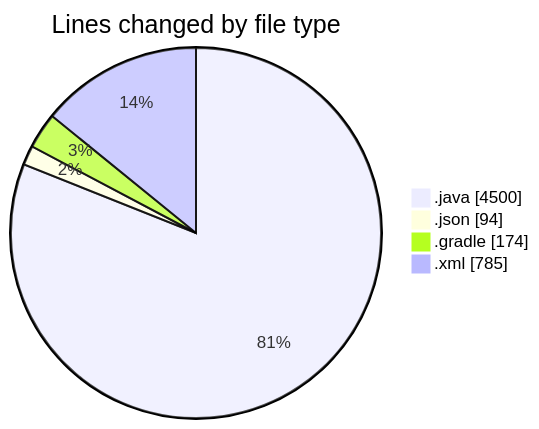
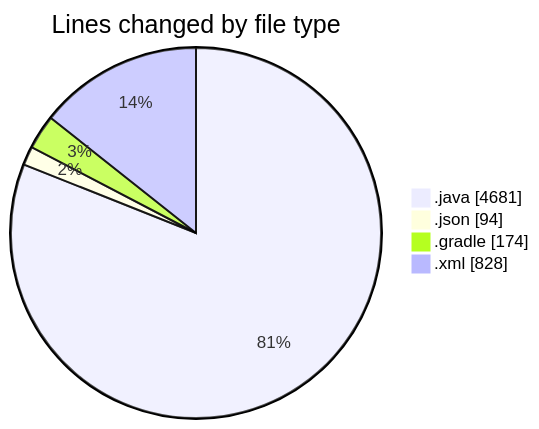
Before and after one commit to charlie-sans/code-tracking: the first of 2 diagrams in 2025-02-22/micros/README.md, drawn with Mermaid. The commit also changed other lines of this file and 1 other file, not shown here.

````diff
--- a/2025-02-22/micros/README.md
+++ b/2025-02-22/micros/README.md
@@ -58,8 +59,8 @@
 ```mermaid
 pie showData
 title Lines changed by file type
-".java" : 4500
+".java" : 4681
 ".json" : 94
 ".gradle" : 174
-".xml" : 785
+".xml" : 828
 ```
````
